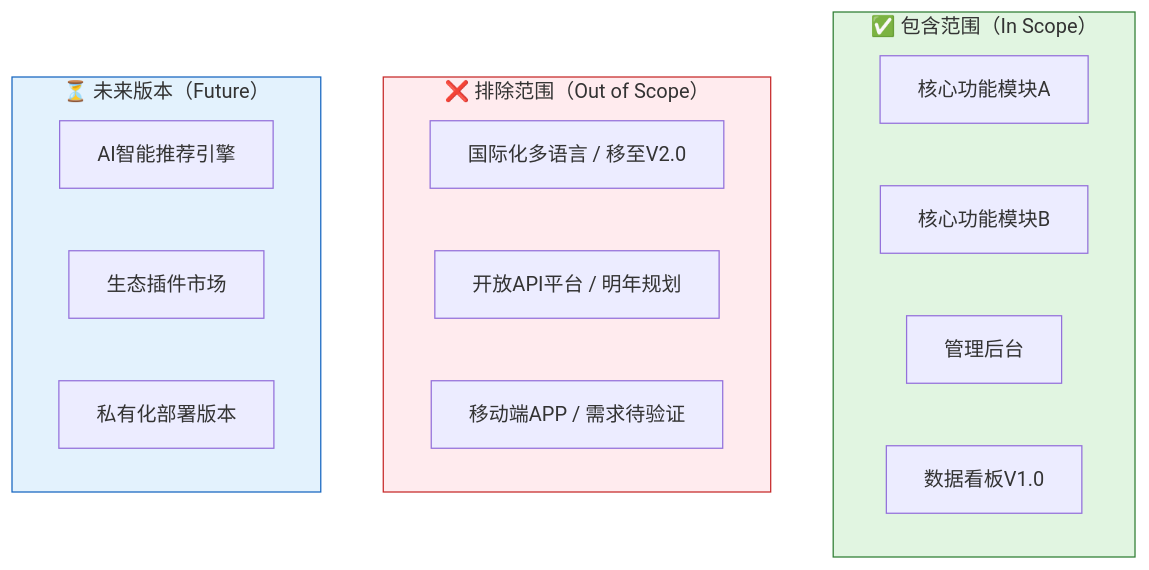
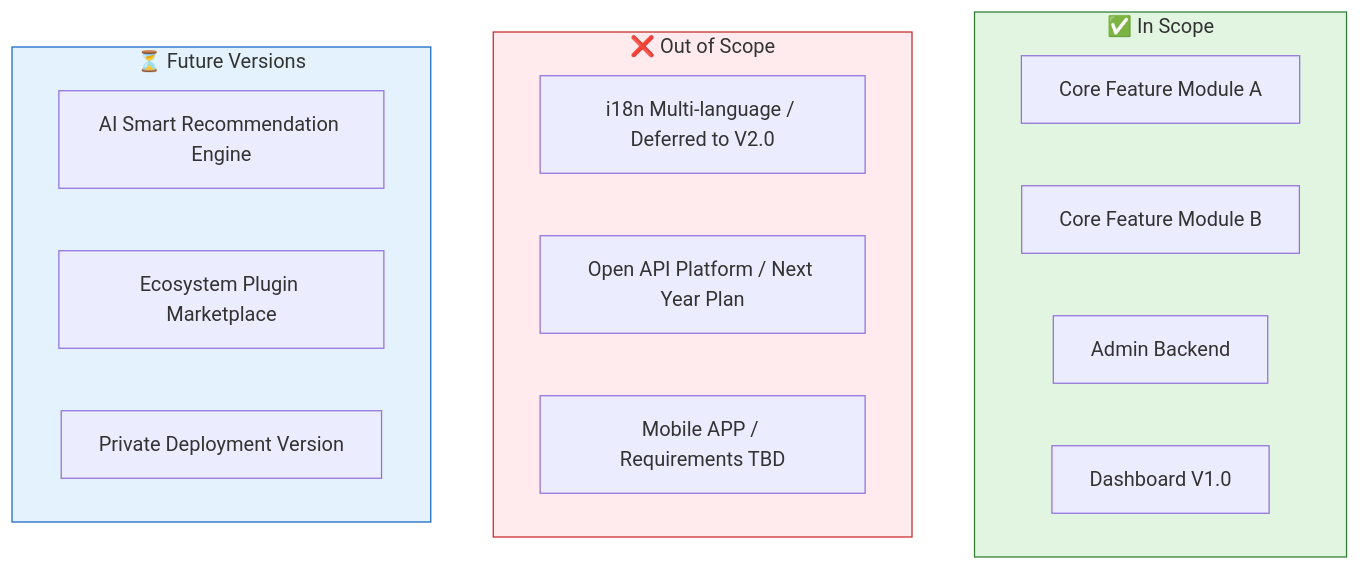
One commit to Kirky-X/cangjie changed the sixth of 11 diagrams in templates/产品/战略层/【模板】项目任务书.md. Above: the diagram before and after it, drawn with Mermaid. The commit also changed other lines of this file and 12 other files, not shown here.

````diff
--- a/templates/产品/战略层/【模板】项目任务书.md
+++ b/templates/产品/战略层/【模板】项目任务书.md
@@ -304,25 +304,25 @@
 ```mermaid
 graph TB
-    subgraph InScope["✅ 包含范围（In Scope）"]
-        A1[核心功能模块A]
-        A2[核心功能模块B]
-        A3[管理后台]
-        A4[数据看板V1.0]
+    subgraph InScope["✅ In Scope"]
+        A1[Core Feature Module A]
+        A2[Core Feature Module B]
+        A3[Admin Backend]
+        A4[Dashboard V1.0]
     end
 
-    subgraph OutScope["❌ 排除范围（Out of Scope）"]
-        B1[国际化多语言 / 移至V2.0]
-        B2[开放API平台 / 明年规划]
-        B3[移动端APP / 需求待验证]
+    subgraph OutScope["❌ Out of Scope"]
+        B1[i18n Multi-language / Deferred to V2.0]
+        B2[Open API Platform / Next Year Plan]
+        B3[Mobile APP / Requirements TBD]
     end
 
-    subgraph Future["⏳ 未来版本（Future）"]
-        C1[AI智能推荐引擎]
-        C2[生态插件市场]
-        C3[私有化部署版本]
+    subgraph Future["⏳ Future Versions"]
+        C1[AI Smart Recommendation Engine]
+        C2[Ecosystem Plugin Marketplace]
+        C3[Private Deployment Version]
     end
 
     style InScope fill:#e1f5e1,stroke:#2e7d32
     style OutScope fill:#ffebee,stroke:#c62828
     style Future fill:#e3f2fd,stroke:#1565c0
 ```
````
